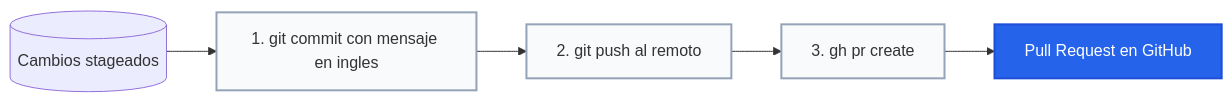
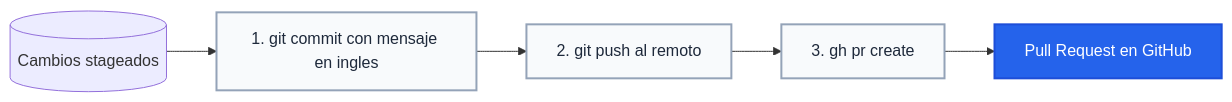
Before and after one commit to syntaxiscorp/syntaxis-ai-specs: the tenth of 12 diagrams in Information/spec-driven-workflow.md, drawn with Mermaid. The commit also changed other lines of this file, not shown here.

````diff
--- a/Information/spec-driven-workflow.md
+++ b/Information/spec-driven-workflow.md
@@ -386,15 +386,15 @@
 ```mermaid
 flowchart LR
-    classDef step fill:#f8fafc,stroke:#94a3b8,stroke-width:2px
+    classDef step fill:#f8fafc,stroke:#94a3b8,stroke-width:2px,color:#1e293b
     classDef output fill:#2563eb,stroke:#1d4ed8,stroke-width:2px,color:#fff
 
     CODE[("Cambios stageados")]
 
     A[1. git commit con mensaje en ingles]:::step
     B[2. git push al remoto]:::step
     C[3. gh pr create]:::step
 
     PR["Pull Request en GitHub"]:::output
 
     CODE --> A --> B --> C --> PR
 ```
````
